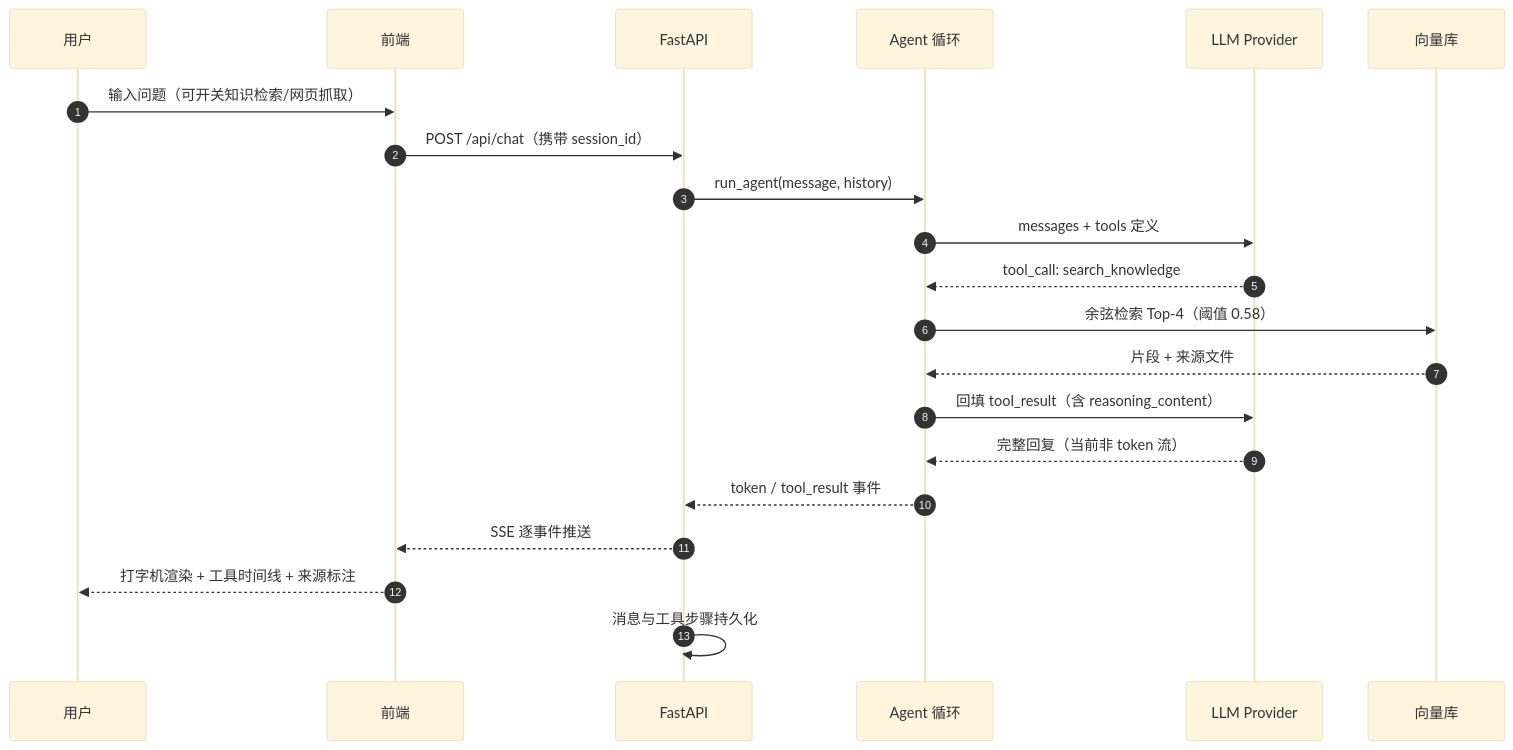
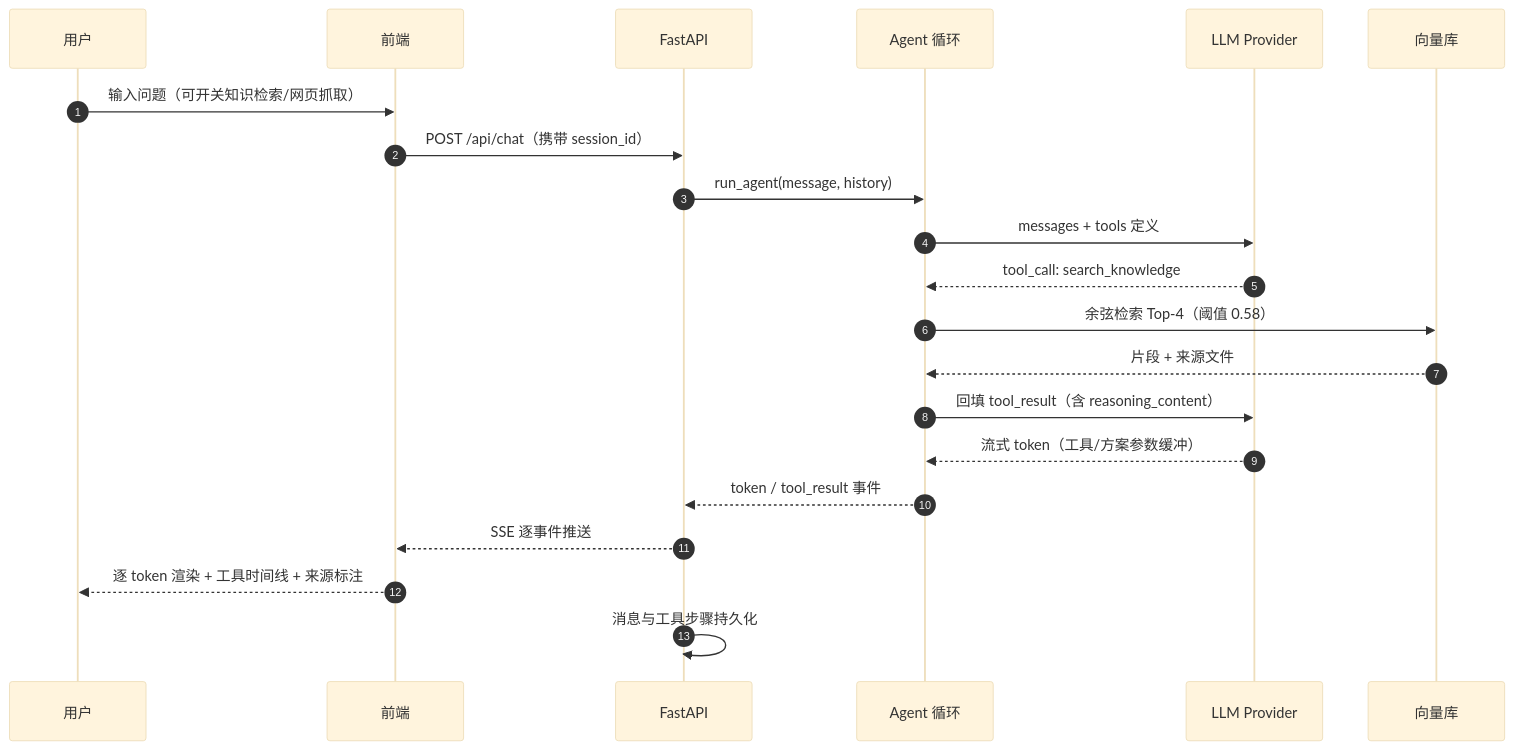
One commit to Xxcool/llm-agent changed the second of 2 diagrams in README.md. Above: the diagram before and after it, drawn with Mermaid (base theme). The commit also changed other lines of this file and 6 other files, not shown here.

````diff
--- a/README.md
+++ b/README.md
@@ -92,24 +92,24 @@
 ```mermaid
 sequenceDiagram
     autonumber
     participant U as 用户
     participant F as 前端
     participant B as FastAPI
     participant A as Agent 循环
     participant L as LLM Provider
     participant R as 向量库
 
     U->>F: 输入问题（可开关知识检索/网页抓取）
     F->>B: POST /api/chat（携带 session_id）
     B->>A: run_agent(message, history)
     A->>L: messages + tools 定义
     L-->>A: tool_call: search_knowledge
     A->>R: 余弦检索 Top-4（阈值 0.58）
     R-->>A: 片段 + 来源文件
     A->>L: 回填 tool_result（含 reasoning_content）
-    L-->>A: 完整回复（当前非 token 流）
+    L-->>A: 流式 token（工具/方案参数缓冲）
     A-->>B: token / tool_result 事件
     B-->>F: SSE 逐事件推送
-    F-->>U: 打字机渲染 + 工具时间线 + 来源标注
+    F-->>U: 逐 token 渲染 + 工具时间线 + 来源标注
     B->>B: 消息与工具步骤持久化
 ```
````
